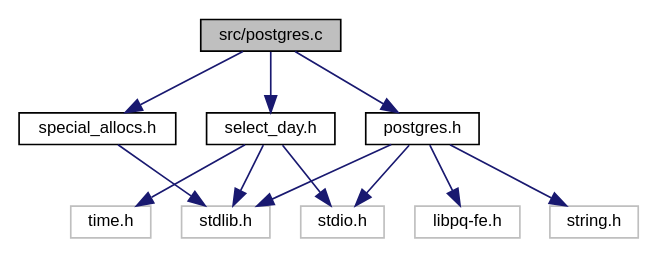
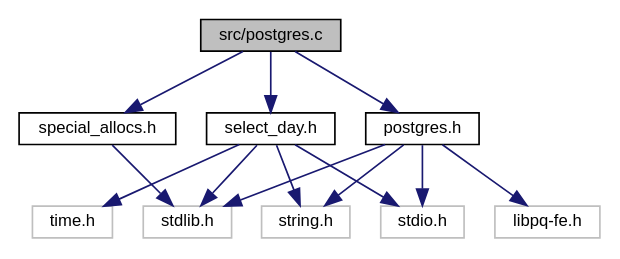
Before and after one commit to SebastienKovacs/tiny-todo: the diagram in docs/rtf/postgres_8c__incl.dot, drawn with Graphviz. The commit also changed 93 other files, not shown here.

```diff
--- a/docs/rtf/postgres_8c__incl.dot
+++ b/docs/rtf/postgres_8c__incl.dot
@@ -1,25 +1,26 @@
 digraph "src/postgres.c"
 {
   edge [fontname="Helvetica",fontsize="10",labelfontname="Helvetica",labelfontsize="10"];
   node [fontname="Helvetica",fontsize="10",shape=record];
   Node0 [label="src/postgres.c",height=0.2,width=0.4,color="black", fillcolor="grey75", style="filled", fontcolor="black"];
   Node0 -> Node1 [color="midnightblue",fontsize="10",style="solid",fontname="Helvetica"];
   Node1 [label="postgres.h",height=0.2,width=0.4,color="black", fillcolor="white", style="filled",URL="$postgres_8h.html"];
   Node1 -> Node2 [color="midnightblue",fontsize="10",style="solid",fontname="Helvetica"];
   Node2 [label="stdio.h",height=0.2,width=0.4,color="grey75", fillcolor="white", style="filled"];
   Node1 -> Node3 [color="midnightblue",fontsize="10",style="solid",fontname="Helvetica"];
   Node3 [label="stdlib.h",height=0.2,width=0.4,color="grey75", fillcolor="white", style="filled"];
   Node1 -> Node4 [color="midnightblue",fontsize="10",style="solid",fontname="Helvetica"];
   Node4 [label="string.h",height=0.2,width=0.4,color="grey75", fillcolor="white", style="filled"];
   Node1 -> Node5 [color="midnightblue",fontsize="10",style="solid",fontname="Helvetica"];
   Node5 [label="libpq-fe.h",height=0.2,width=0.4,color="grey75", fillcolor="white", style="filled"];
   Node0 -> Node6 [color="midnightblue",fontsize="10",style="solid",fontname="Helvetica"];
   Node6 [label="select_day.h",height=0.2,width=0.4,color="black", fillcolor="white", style="filled",URL="$select__day_8h.html"];
   Node6 -> Node2 [color="midnightblue",fontsize="10",style="solid",fontname="Helvetica"];
   Node6 -> Node3 [color="midnightblue",fontsize="10",style="solid",fontname="Helvetica"];
   Node6 -> Node7 [color="midnightblue",fontsize="10",style="solid",fontname="Helvetica"];
   Node7 [label="time.h",height=0.2,width=0.4,color="grey75", fillcolor="white", style="filled"];
+  Node6 -> Node4 [color="midnightblue",fontsize="10",style="solid",fontname="Helvetica"];
   Node0 -> Node8 [color="midnightblue",fontsize="10",style="solid",fontname="Helvetica"];
   Node8 [label="special_allocs.h",height=0.2,width=0.4,color="black", fillcolor="white", style="filled",URL="$special__allocs_8h.html"];
   Node8 -> Node3 [color="midnightblue",fontsize="10",style="solid",fontname="Helvetica"];
 }
```
